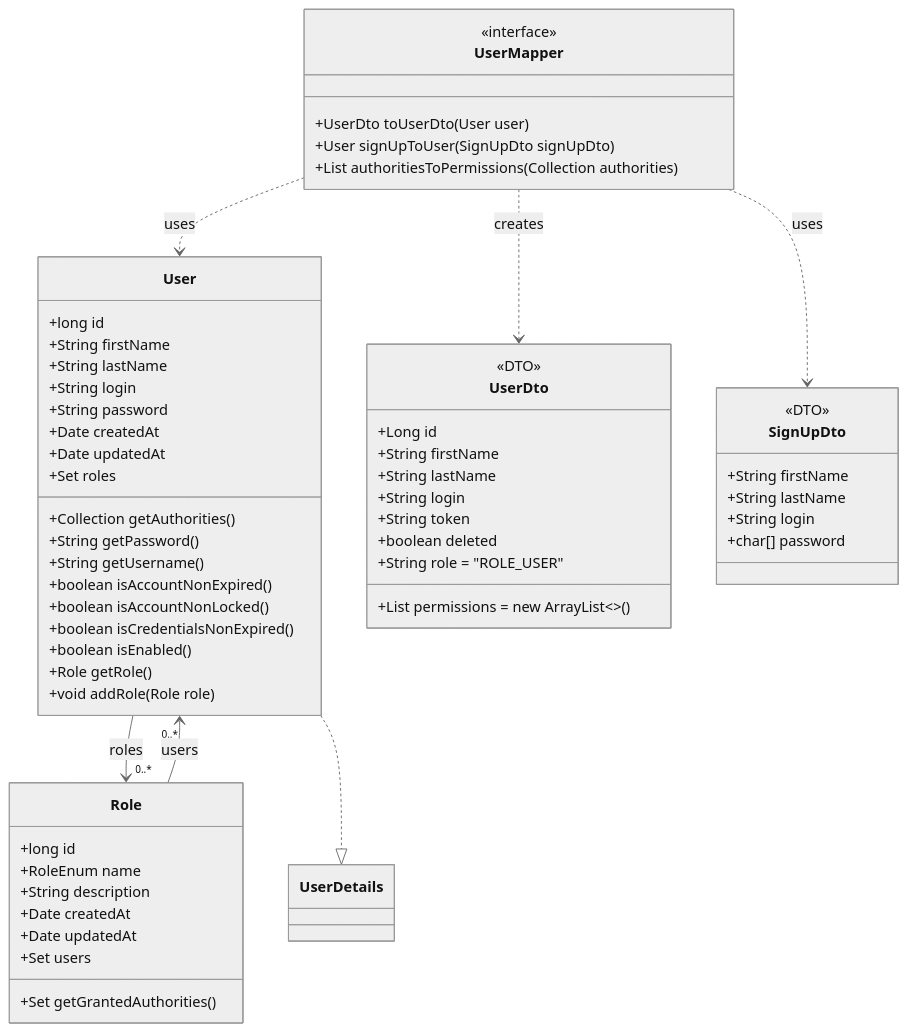
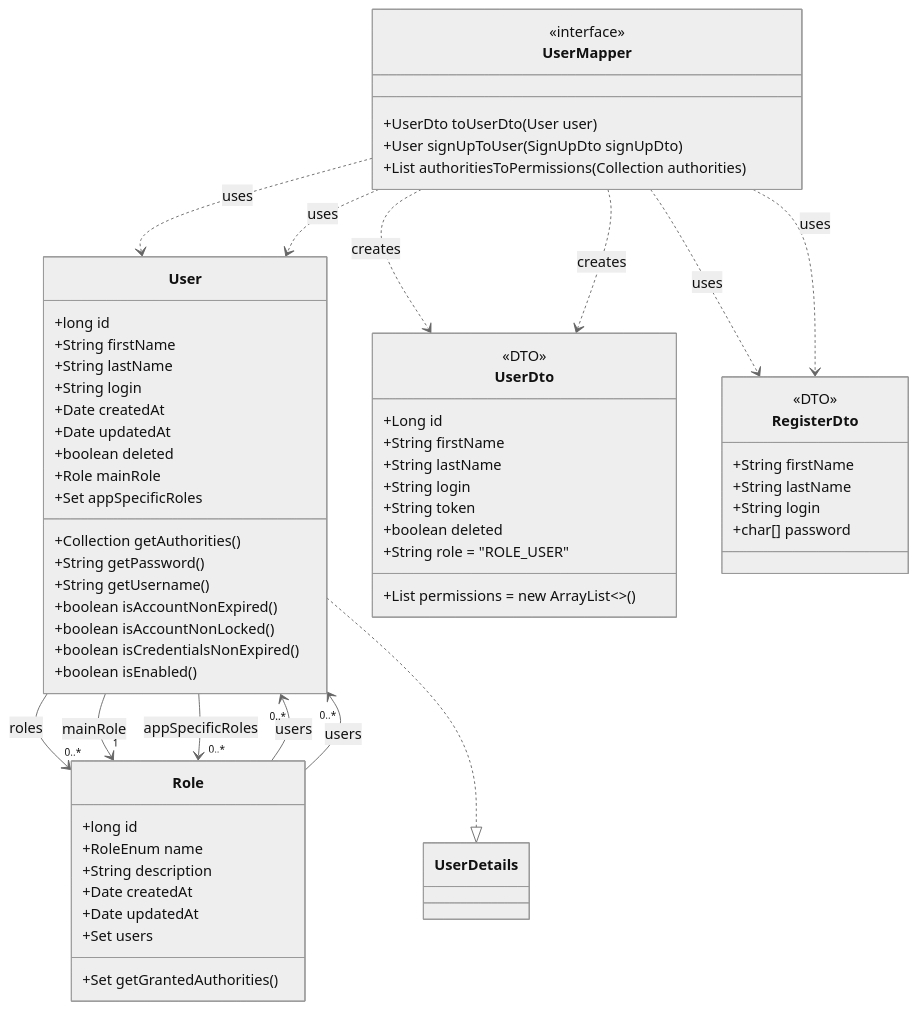
Before and after one commit to OrifInformatique/template_frontback: the third of 5 diagrams in doc/process-documentation.md, drawn with Mermaid (neutral theme). The commit also changed other lines of this file and 1 other file, not shown here.

````diff
--- a/doc/process-documentation.md
+++ b/doc/process-documentation.md
@@ -172,67 +175,73 @@
 ```mermaid
 classDiagram
     class User {
         +long id
         +String firstName
         +String lastName
         +String login
-        +String password
         +Date createdAt
         +Date updatedAt
-        +Set<Role> roles
+        +boolean deleted
+        +Role mainRole
+        +Set<Role> appSpecificRoles
         +Collection<GrantedAuthority> getAuthorities()
         +String getPassword()
         +String getUsername()
         +boolean isAccountNonExpired()
         +boolean isAccountNonLocked()
         +boolean isCredentialsNonExpired()
         +boolean isEnabled()
-        +Role getRole()
-        +void addRole(Role role)
     }
 
     class Role {
         +long id
         +RoleEnum name
         +String description
         +Date createdAt
         +Date updatedAt
         +Set<User> users
         +Set<SimpleGrantedAuthority> getGrantedAuthorities()
     }
 
     class UserDto {
         <<DTO>>
         +Long id
         +String firstName
         +String lastName
         +String login
         +String token
         +boolean deleted
         +String role = "ROLE_USER"
         +List<String> permissions = new ArrayList<>()
     }
 
-    class SignUpDto {
+    class RegisterDto {
         <<DTO>>
         +String firstName
         +String lastName
         +String login
         +char[] password
     }
 
     class UserMapper {
         <<interface>>
         +UserDto toUserDto(User user)
         +User signUpToUser(SignUpDto signUpDto)
         +List<String> authoritiesToPermissions(Collection<GrantedAuthority> authorities)
     }
 
     %% Relationships
     User --> "0..*" Role : roles
     Role --> "0..*" User : users
     UserMapper ..> User : uses
     UserMapper ..> UserDto : creates
-    UserMapper ..> SignUpDto : uses
+    UserMapper ..> RegisterDto : uses
+    %% Relationships
+    User --> "1" Role : mainRole
+    User --> "0..*" Role : appSpecificRoles
+    Role --> "0..*" User : users
+    UserMapper ..> User : uses
+    UserMapper ..> UserDto : creates
+    UserMapper ..> RegisterDto : uses
     User ..|> UserDetails
 ```
````
